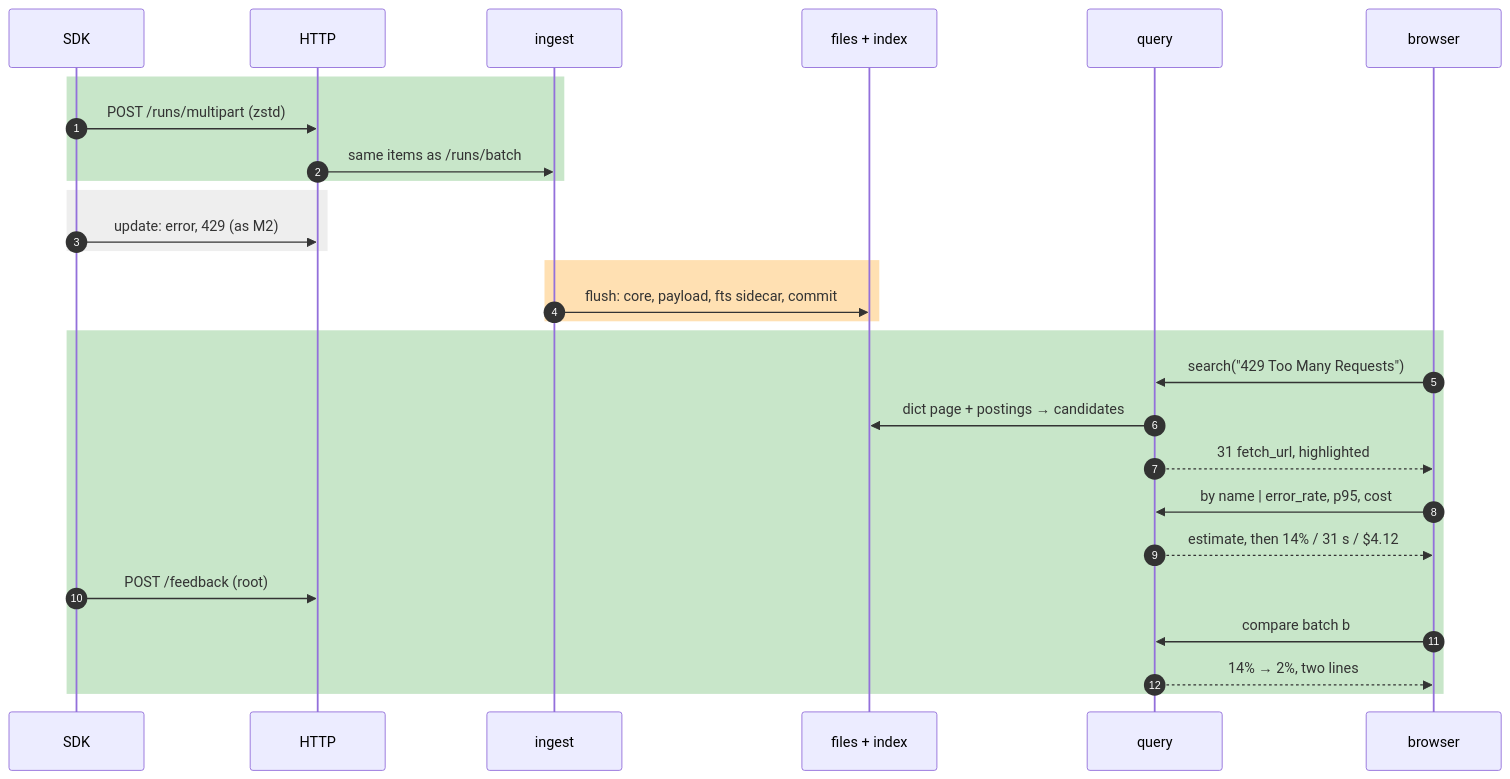
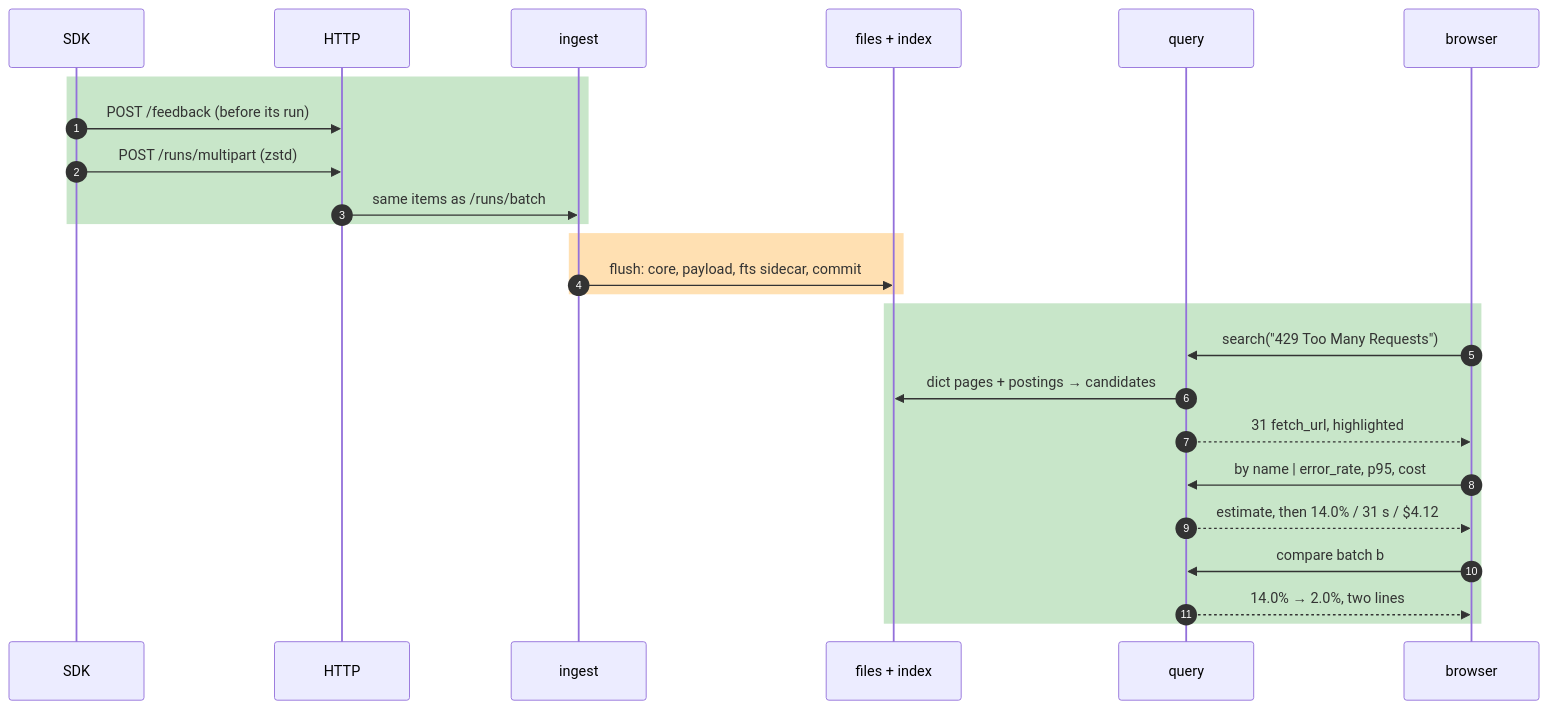
Before and after one commit to liukai/smithling: the seventh of 11 diagrams in specs/003-m3-search-aggregates-speed/starter-guide.md, drawn with Mermaid. The commit also changed other lines of this file, not shown here.

````diff
--- a/specs/003-m3-search-aggregates-speed/starter-guide.md
+++ b/specs/003-m3-search-aggregates-speed/starter-guide.md
@@ -173,31 +184,28 @@
 ```mermaid
 sequenceDiagram
     autonumber
     participant SDK
     participant H as HTTP
     participant I as ingest
     participant F as files + index
     participant Q as query
     participant B as browser
 
     rect rgb(200, 230, 201)
+    SDK->>H: POST /feedback (before its run)
     SDK->>H: POST /runs/multipart (zstd)
     H->>I: same items as /runs/batch
-    end
-    rect rgb(238, 238, 238)
-    SDK->>H: update: error, 429 (as M2)
     end
     rect rgb(255, 224, 178)
     I->>F: flush: core, payload, fts sidecar, commit
     end
     rect rgb(200, 230, 201)
     B->>Q: search("429 Too Many Requests")
-    Q->>F: dict page + postings → candidates
+    Q->>F: dict pages + postings → candidates
     Q-->>B: 31 fetch_url, highlighted
     B->>Q: by name | error_rate, p95, cost
-    Q-->>B: estimate, then 14% / 31 s / $4.12
-    SDK->>H: POST /feedback (root)
+    Q-->>B: estimate, then 14.0% / 31 s / $4.12
     B->>Q: compare batch b
-    Q-->>B: 14% → 2%, two lines
+    Q-->>B: 14.0% → 2.0%, two lines
     end
 ```
````
